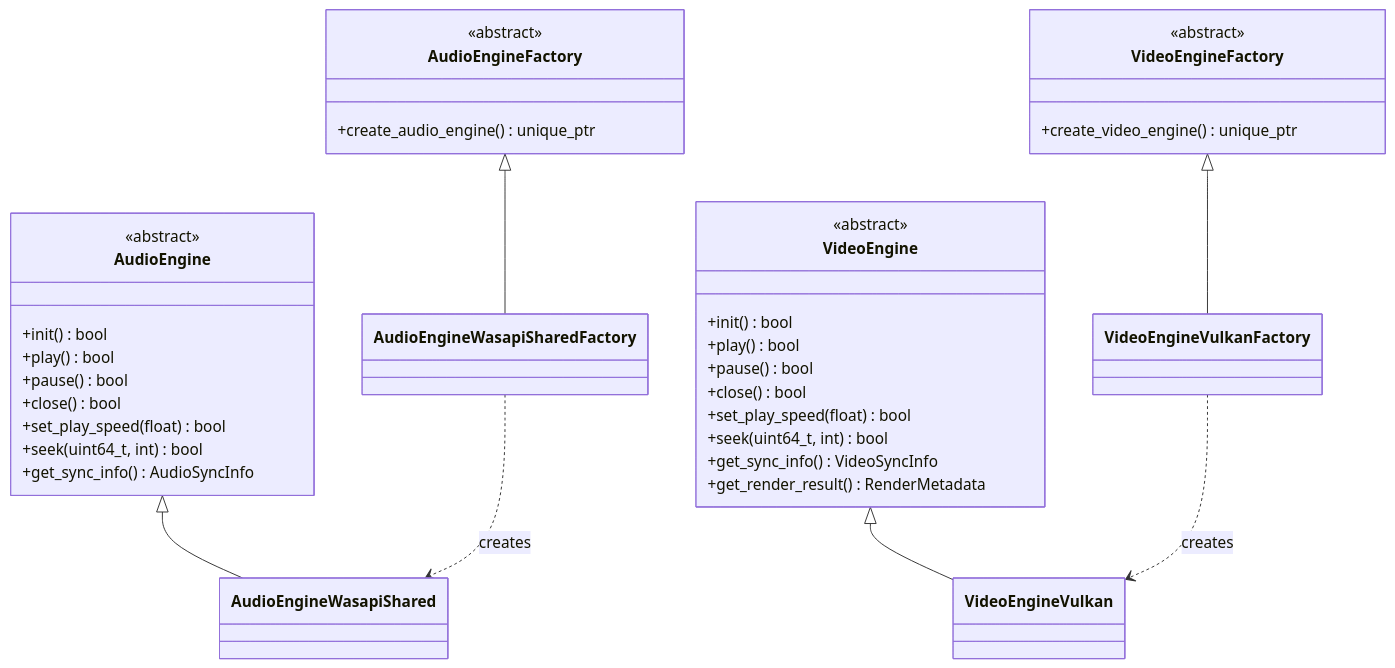
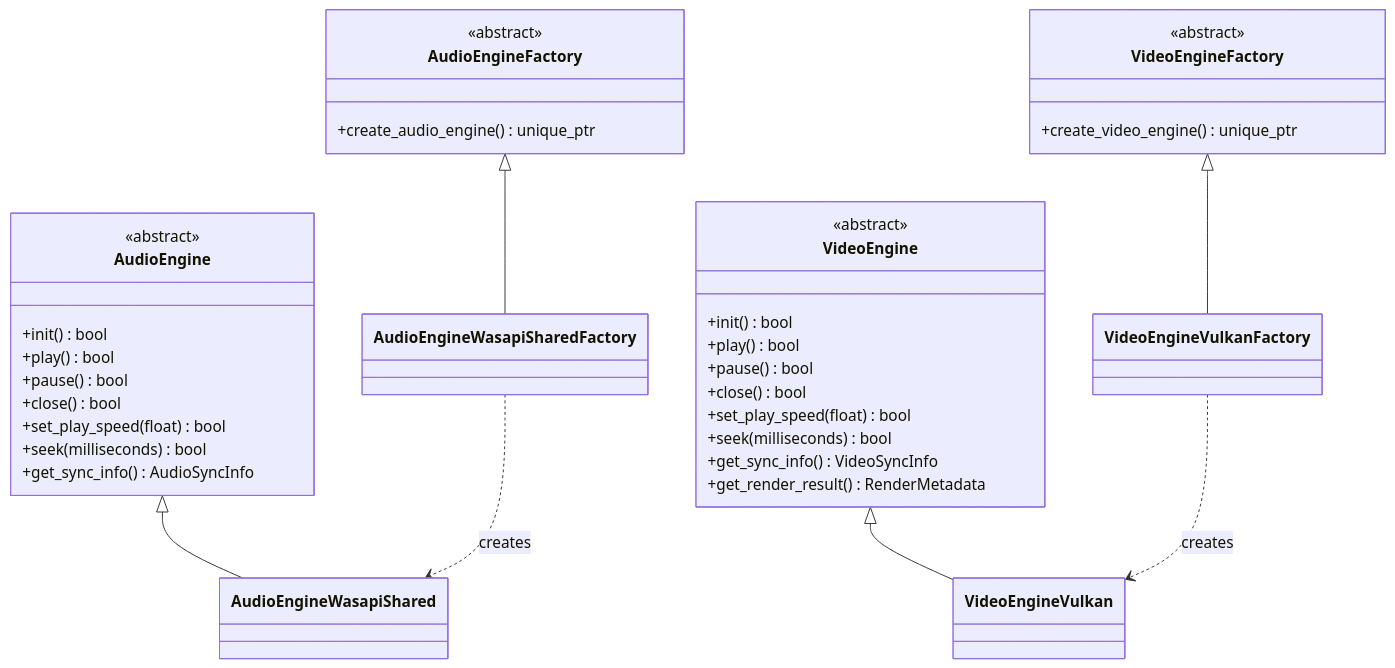
The second of 2 diagrams in docs/markdown/项目框架.md (xiaofusu123/PrismPlayer), drawn with Mermaid before and after one commit. The commit also changed other lines of this file and 15 other files, not shown here.

First line of the commit message:
fix(engine): 统一 PTS 为 chrono::milliseconds 并收敛 seek/倍速接口 (#128)

````diff
--- a/docs/markdown/项目框架.md
+++ b/docs/markdown/项目框架.md
@@ -160,46 +160,46 @@
 ```mermaid
 classDiagram
     accTitle: Engine 层核心类关系
     accDescr: 音视频引擎抽象接口、平台实现与工厂之间的继承与创建关系
 
     class AudioEngineFactory {
         <<abstract>>
         +create_audio_engine() unique_ptr
     }
     class VideoEngineFactory {
         <<abstract>>
         +create_video_engine() unique_ptr
     }
     class AudioEngine {
         <<abstract>>
         +init() bool
         +play() bool
         +pause() bool
         +close() bool
         +set_play_speed(float) bool
-        +seek(uint64_t, int) bool
+        +seek(milliseconds) bool
         +get_sync_info() AudioSyncInfo
     }
     class VideoEngine {
         <<abstract>>
         +init() bool
         +play() bool
         +pause() bool
         +close() bool
         +set_play_speed(float) bool
-        +seek(uint64_t, int) bool
+        +seek(milliseconds) bool
         +get_sync_info() VideoSyncInfo
         +get_render_result() RenderMetadata
     }
     class AudioEngineWasapiShared
     class VideoEngineVulkan
     class AudioEngineWasapiSharedFactory
     class VideoEngineVulkanFactory
 
     AudioEngineFactory <|-- AudioEngineWasapiSharedFactory
     VideoEngineFactory <|-- VideoEngineVulkanFactory
     AudioEngine <|-- AudioEngineWasapiShared
     VideoEngine <|-- VideoEngineVulkan
     AudioEngineWasapiSharedFactory ..> AudioEngineWasapiShared : creates
     VideoEngineVulkanFactory ..> VideoEngineVulkan : creates
 ```
````
